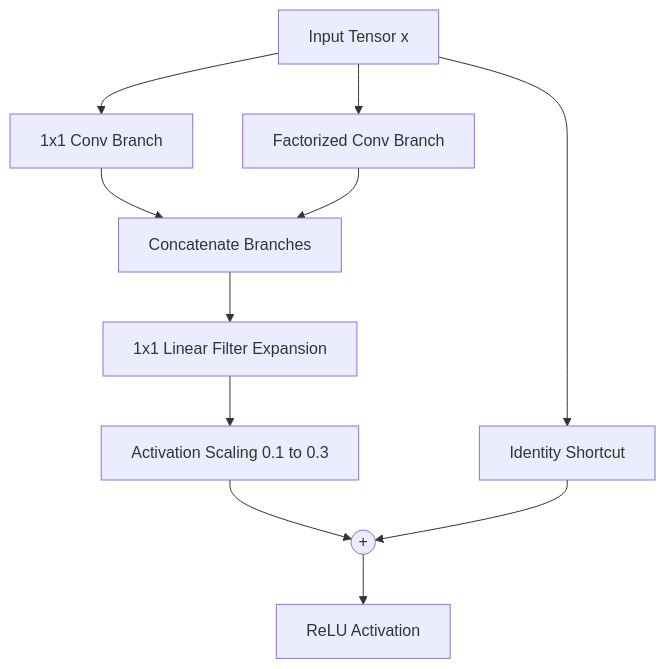
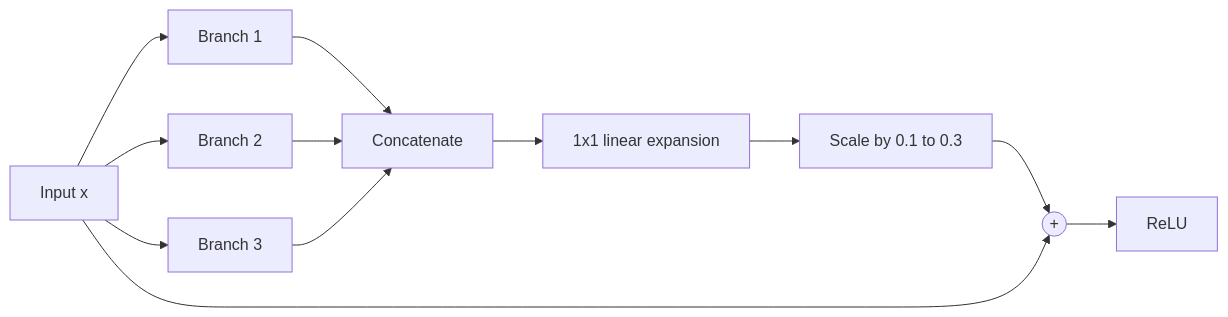
Before and after one commit to Tarunsai08/PaperStack: the second of 2 diagrams in content/papers/inception-v4-inception-resnet-and-the-impact-of-residual-con.md, drawn with Mermaid. The commit also changed other lines of this file and 9 other files, not shown here.

````diff
--- a/content/papers/inception-v4-inception-resnet-and-the-impact-of-residual-con.md
+++ b/content/papers/inception-v4-inception-resnet-and-the-impact-of-residual-con.md
@@ -150,13 +115,14 @@
 ```mermaid
-flowchart TD
-    InNode[Input Tensor x] --> Branch1[1x1 Conv Branch]
-    InNode --> Branch2[Factorized Conv Branch]
-    InNode --> Shortcut[Identity Shortcut]
-    Branch1 --> Concat[Concatenate Branches]
-    Branch2 --> Concat
-    Concat --> Expand[1x1 Linear Filter Expansion]
-    Expand --> Scale[Activation Scaling 0.1 to 0.3]
-    Scale --> AddNode(( + ))
-    Shortcut --> AddNode
-    AddNode --> FinalRelu[ReLU Activation]
+flowchart LR
+  X[Input x] --> B1[Branch 1]
+  X --> B2[Branch 2]
+  X --> B3[Branch 3]
+  B1 --> C[Concatenate]
+  B2 --> C
+  B3 --> C
+  C --> E[1x1 linear expansion]
+  E --> S[Scale by 0.1 to 0.3]
+  S --> ADD((+))
+  X --> ADD
+  ADD --> R[ReLU]
 ```
````
